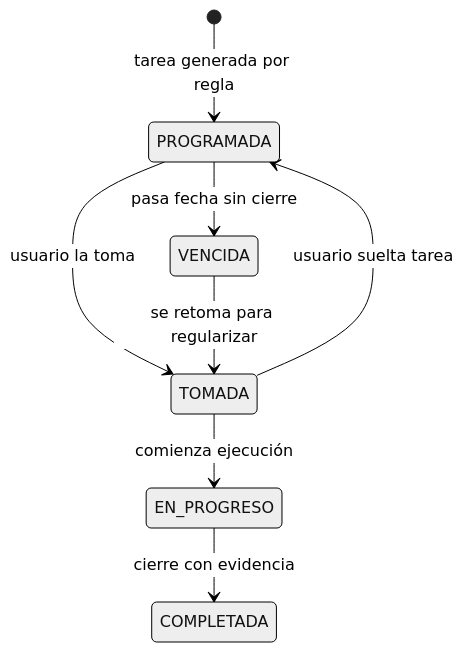
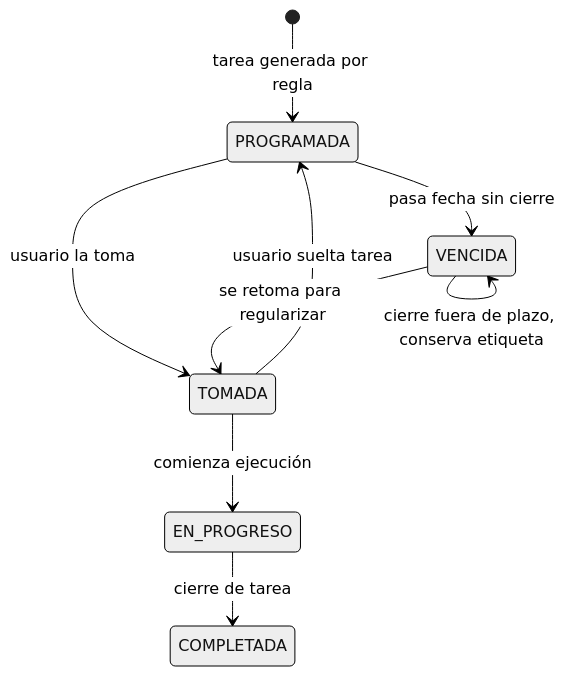
Before and after one commit to Mati934/JF_Innova_App_v0.3.2: the diagram in docs/planificacion/02_en_progreso/PLAN_CRONOGRAMA_EMPRESAS_MVP.md, drawn with Mermaid (neutral theme). The commit also changed other lines of this file and 9 other files, not shown here.

````diff
--- a/docs/planificacion/02_en_progreso/PLAN_CRONOGRAMA_EMPRESAS_MVP.md
+++ b/docs/planificacion/02_en_progreso/PLAN_CRONOGRAMA_EMPRESAS_MVP.md
@@ -98,10 +128,11 @@
 ```mermaid
 stateDiagram-v2
     [*] --> PROGRAMADA: tarea generada por regla
     PROGRAMADA --> TOMADA: usuario la toma
     TOMADA --> EN_PROGRESO: comienza ejecución
-    EN_PROGRESO --> COMPLETADA: cierre con evidencia
+   EN_PROGRESO --> COMPLETADA: cierre de tarea
     TOMADA --> PROGRAMADA: usuario suelta tarea
-    PROGRAMADA --> VENCIDA: pasa fecha sin cierre
-    VENCIDA --> TOMADA: se retoma para regularizar
+   PROGRAMADA --> VENCIDA: pasa fecha sin cierre
+   VENCIDA --> TOMADA: se retoma para regularizar
+   VENCIDA --> VENCIDA: cierre fuera de plazo, conserva etiqueta
 ```
````
